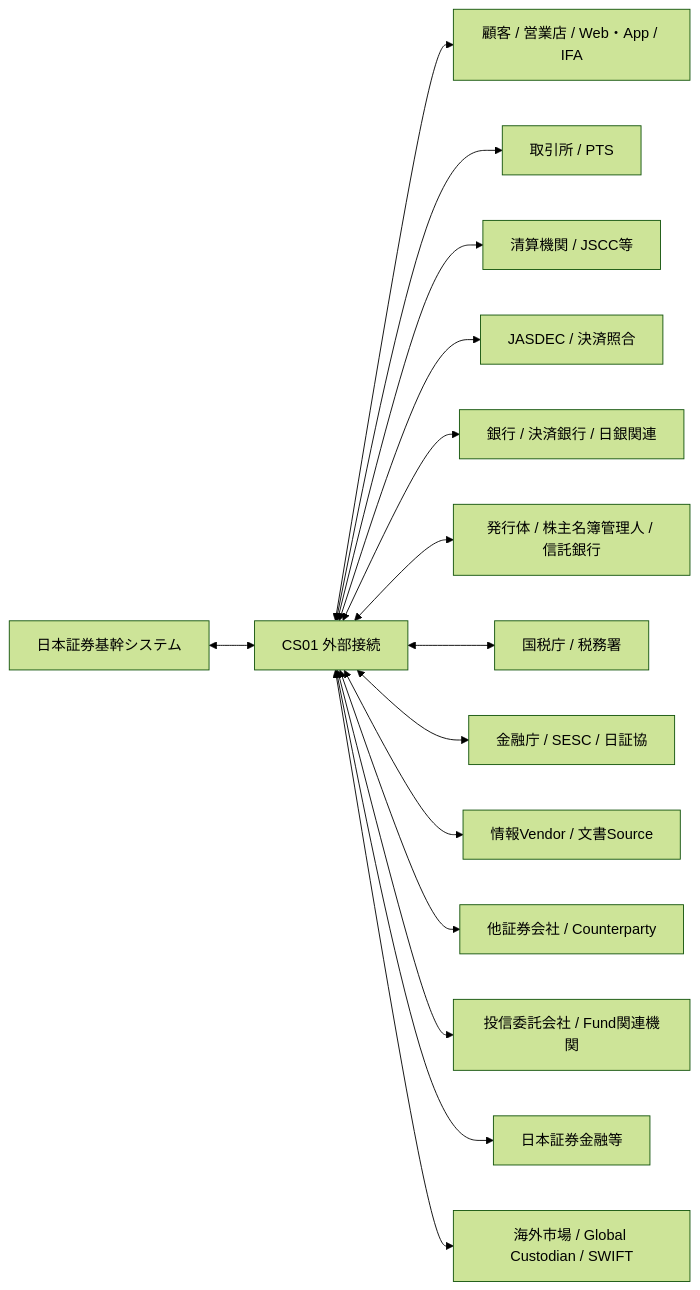
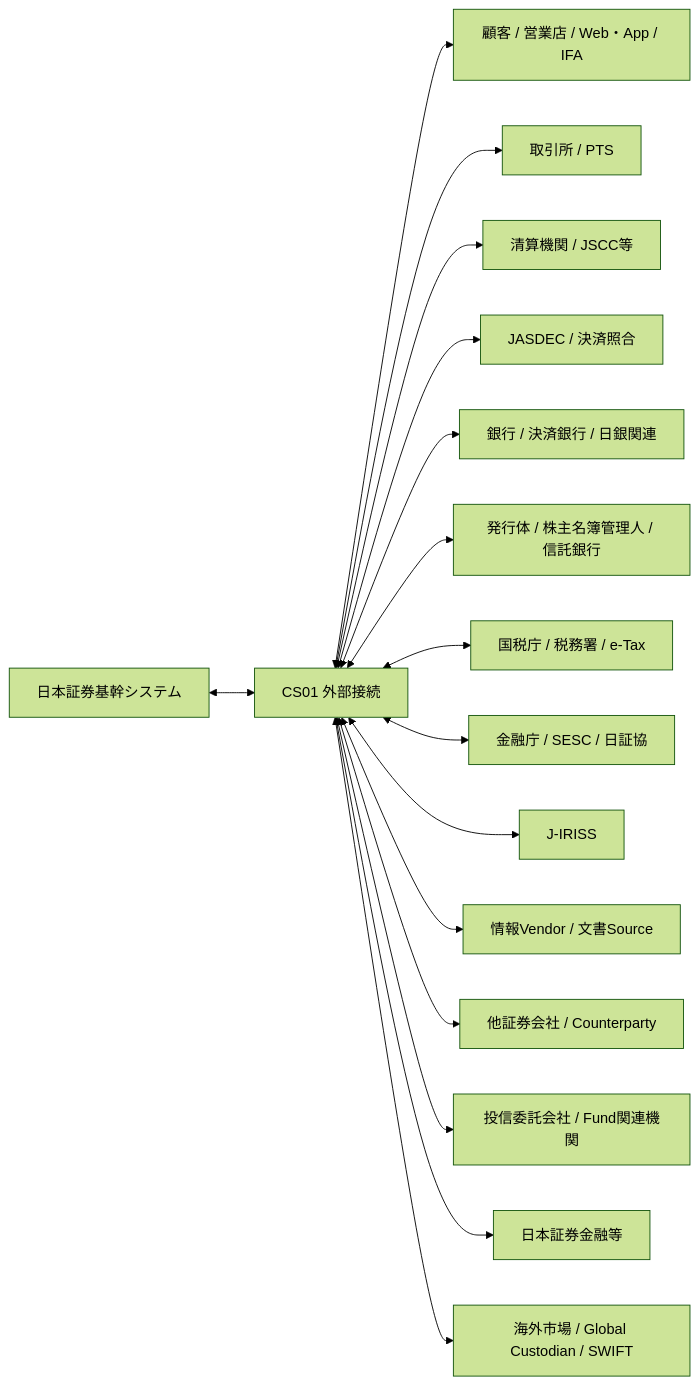
Before and after one commit to skyTreeCN/jp-securitie-skills: the first of 2 diagrams in docs/01-architecture/EXTERNAL_RELATION_MAP.md, drawn with Mermaid (forest theme). The commit also changed other lines of this file, not shown here.

Commit message:
Add J-IRISS and e-Tax to external relations

````diff
--- a/docs/01-architecture/EXTERNAL_RELATION_MAP.md
+++ b/docs/01-architecture/EXTERNAL_RELATION_MAP.md
@@ -12,34 +12,36 @@
 ```mermaid
 flowchart LR
   CORE[日本証券基幹システム]
   HUB[CS01 外部接続]
 
   CUST[顧客 / 営業店 / Web・App / IFA]
   MKT[取引所 / PTS]
   CCP[清算機関 / JSCC等]
   CSD[JASDEC / 決済照合]
   BANK[銀行 / 決済銀行 / 日銀関連]
   ISS[発行体 / 株主名簿管理人 / 信託銀行]
-  TAX[国税庁 / 税務署]
+  TAX[国税庁 / 税務署 / e-Tax]
   REG[金融庁 / SESC / 日証協]
+  JIR[J-IRISS]
   INFO[情報Vendor / 文書Source]
   OTHER[他証券会社 / Counterparty]
   FUND[投信委託会社 / Fund関連機関]
   JSF[日本証券金融等]
   GC[海外市場 / Global Custodian / SWIFT]
 
   CORE <--> HUB
   HUB <--> CUST
   HUB <--> MKT
   HUB <--> CCP
   HUB <--> CSD
   HUB <--> BANK
   HUB <--> ISS
   HUB <--> TAX
   HUB <--> REG
+  HUB <--> JIR
   HUB <--> INFO
   HUB <--> OTHER
   HUB <--> FUND
   HUB <--> JSF
   HUB <--> GC
 ```
````
